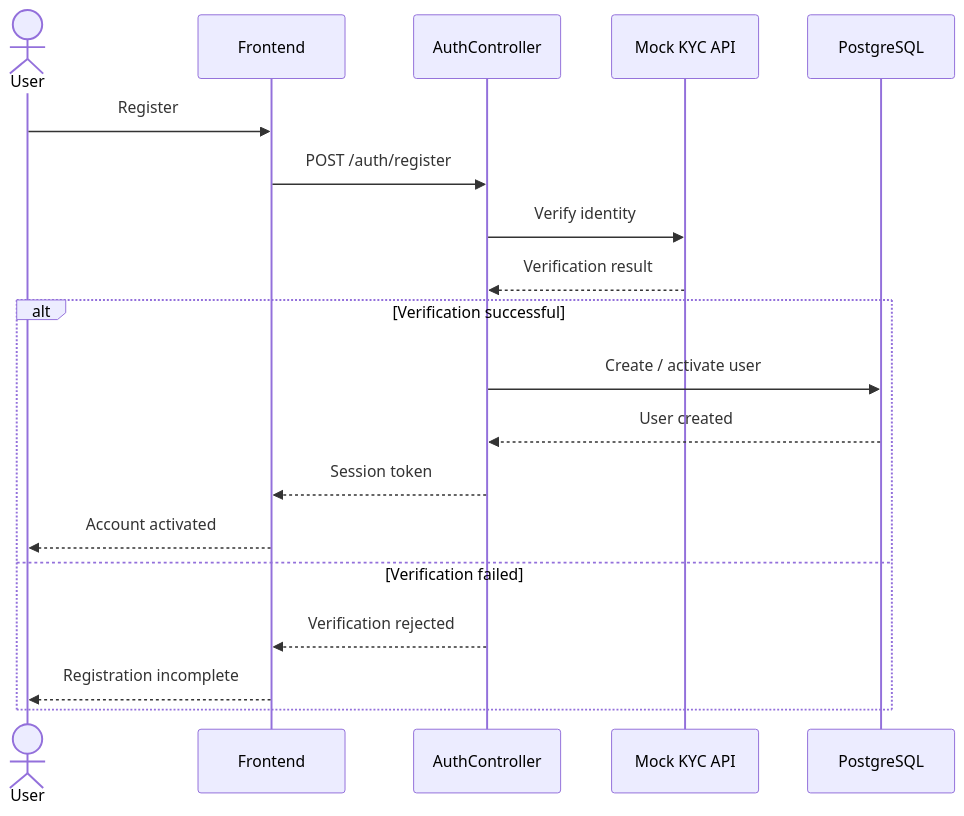
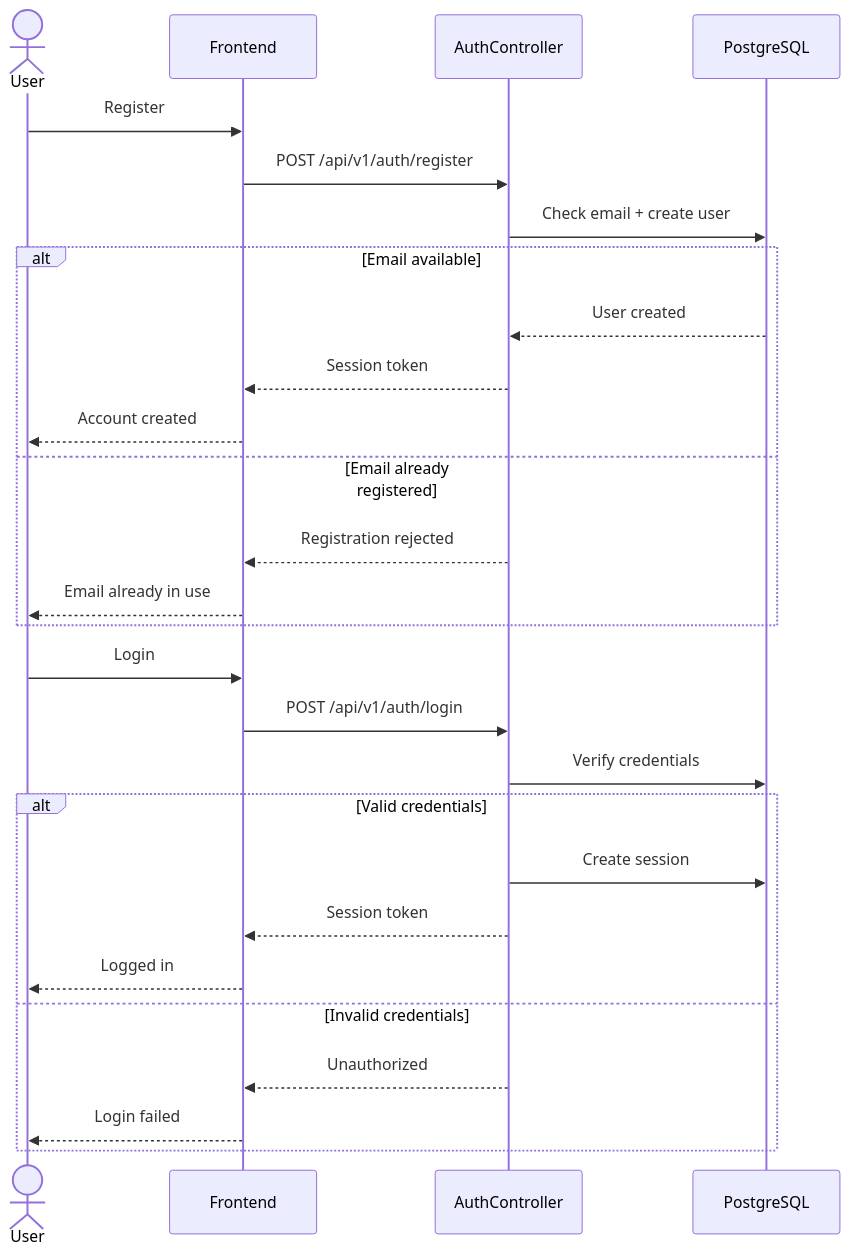
One commit to ghadi0alzhrani0/Mezyad changed the seventh of 12 diagrams in Stage_3/Report.MD. Above: the diagram before and after it, drawn with Mermaid. The commit also changed other lines of this file, not shown here.

````diff
--- a/Stage_3/Report.MD
+++ b/Stage_3/Report.MD
@@ -552,21 +562,29 @@
 ```mermaid
 sequenceDiagram
     actor User
     participant UI as Frontend
     participant Auth as AuthController
-    participant KYC as Mock KYC API
     participant DB as PostgreSQL
     User->>UI: Register
-    UI->>Auth: POST /auth/register
-    Auth->>KYC: Verify identity
-    KYC-->>Auth: Verification result
-    alt Verification successful
-        Auth->>DB: Create / activate user
+    UI->>Auth: POST /api/v1/auth/register
+    Auth->>DB: Check email + create user
+    alt Email available
         DB-->>Auth: User created
         Auth-->>UI: Session token
-        UI-->>User: Account activated
-    else Verification failed
-        Auth-->>UI: Verification rejected
-        UI-->>User: Registration incomplete
+        UI-->>User: Account created
+    else Email already registered
+        Auth-->>UI: Registration rejected
+        UI-->>User: Email already in use
+    end
+    User->>UI: Login
+    UI->>Auth: POST /api/v1/auth/login
+    Auth->>DB: Verify credentials
+    alt Valid credentials
+        Auth->>DB: Create session
+        Auth-->>UI: Session token
+        UI-->>User: Logged in
+    else Invalid credentials
+        Auth-->>UI: Unauthorized
+        UI-->>User: Login failed
     end
 ```
````
